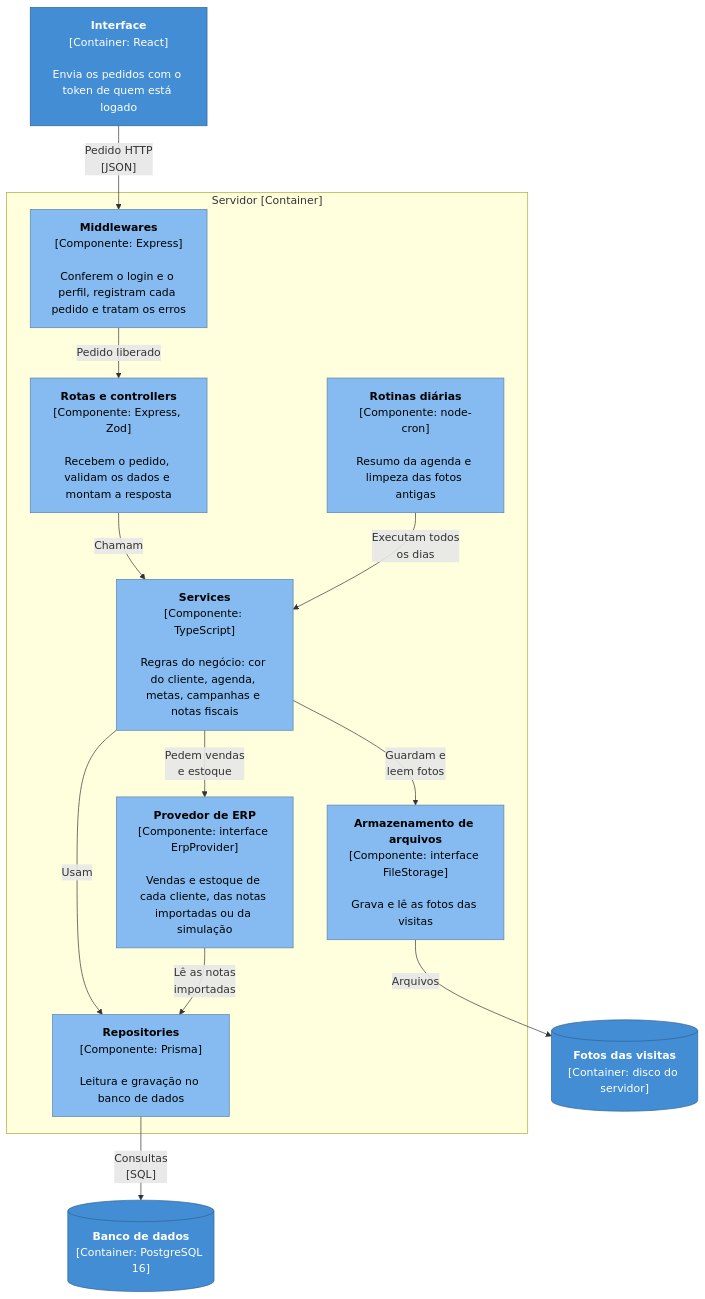
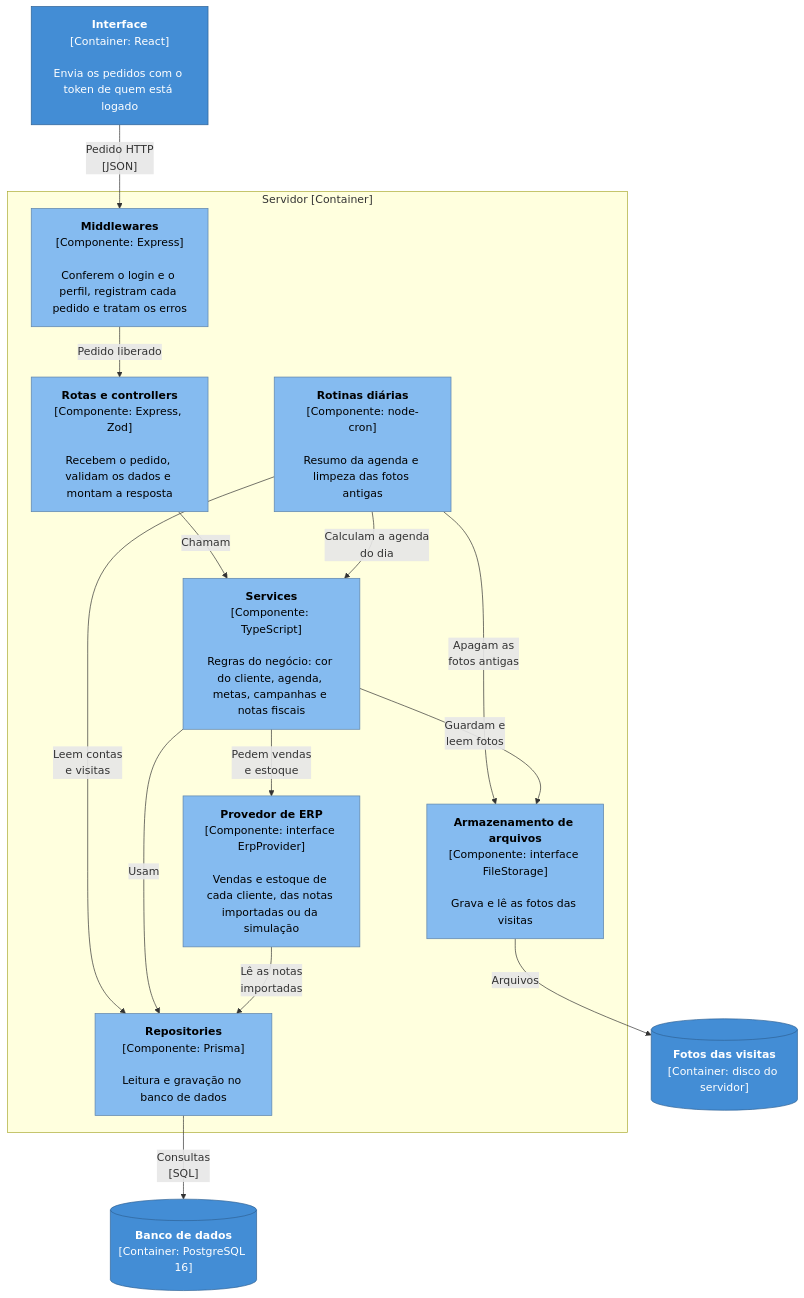
The third of 3 diagrams in docs/arquitetura.md (dudapetzinger/CHOKOCRM), drawn with Mermaid before and after one commit. The commit also changed other lines of this file and 5 other files, not shown here.

````diff
--- a/docs/arquitetura.md
+++ b/docs/arquitetura.md
@@ -103,33 +105,35 @@
 ```mermaid
 flowchart TB
     web["<b>Interface</b><br/>[Container: React]<br/><br/>Envia os pedidos com o token de quem está logado"]
 
     subgraph api["Servidor [Container]"]
         mw["<b>Middlewares</b><br/>[Componente: Express]<br/><br/>Conferem o login e o perfil, registram cada pedido e tratam os erros"]
         rotas["<b>Rotas e controllers</b><br/>[Componente: Express, Zod]<br/><br/>Recebem o pedido, validam os dados e montam a resposta"]
         services["<b>Services</b><br/>[Componente: TypeScript]<br/><br/>Regras do negócio: cor do cliente, agenda, metas, campanhas e notas fiscais"]
         jobs["<b>Rotinas diárias</b><br/>[Componente: node-cron]<br/><br/>Resumo da agenda e limpeza das fotos antigas"]
         repos["<b>Repositories</b><br/>[Componente: Prisma]<br/><br/>Leitura e gravação no banco de dados"]
         erp["<b>Provedor de ERP</b><br/>[Componente: interface ErpProvider]<br/><br/>Vendas e estoque de cada cliente, das notas importadas ou da simulação"]
         storage["<b>Armazenamento de arquivos</b><br/>[Componente: interface FileStorage]<br/><br/>Grava e lê as fotos das visitas"]
     end
 
     db[("<b>Banco de dados</b><br/>[Container: PostgreSQL 16]")]
     disco[("<b>Fotos das visitas</b><br/>[Container: disco do servidor]")]
 
     web -- "Pedido HTTP<br/>[JSON]" --> mw
     mw -- "Pedido liberado" --> rotas
     rotas -- "Chamam" --> services
-    jobs -- "Executam todos<br/>os dias" --> services
+    jobs -- "Calculam a agenda<br/>do dia" --> services
+    jobs -- "Leem contas<br/>e visitas" --> repos
+    jobs -- "Apagam as<br/>fotos antigas" --> storage
     services -- "Usam" --> repos
     services -- "Pedem vendas<br/>e estoque" --> erp
     services -- "Guardam e<br/>leem fotos" --> storage
     erp -- "Lê as notas<br/>importadas" --> repos
     repos -- "Consultas<br/>[SQL]" --> db
     storage -- "Arquivos" --> disco
 
     classDef container fill:#438dd5,stroke:#2e6295,color:#ffffff
     classDef componente fill:#85bbf0,stroke:#5d82a8,color:#000000
     class web,db,disco container
     class mw,rotas,services,jobs,repos,erp,storage componente
 ```
````
